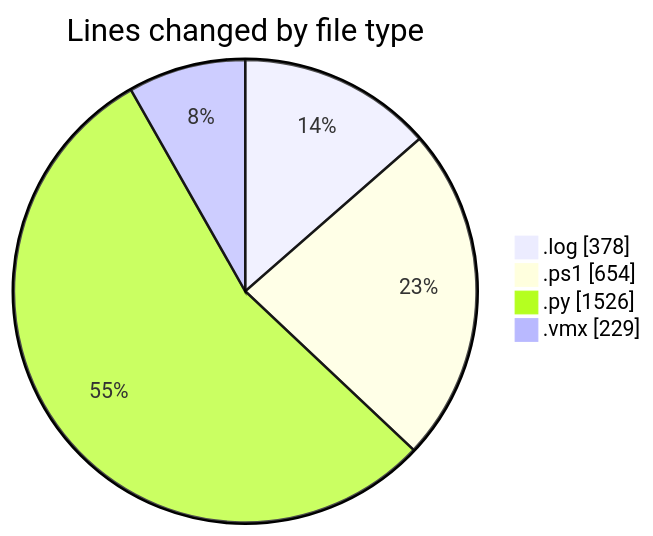
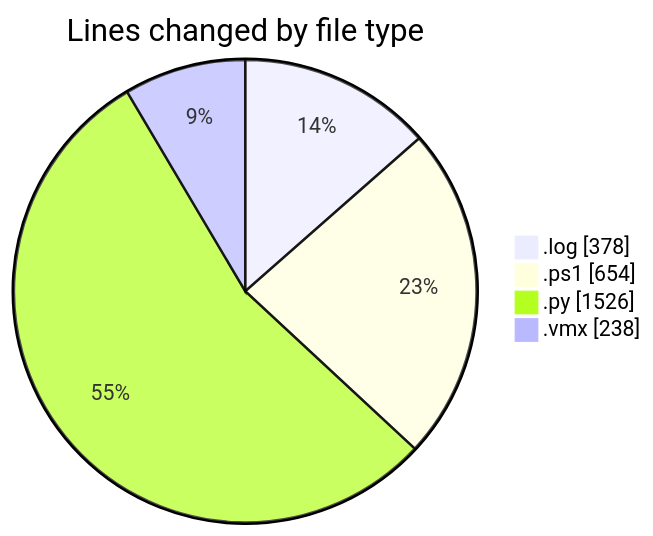
One commit to shibass792/code-tracking changed the first of 2 diagrams in 2026-07-08/twenty_versions_aminor/README.md. Above: the diagram before and after it, drawn with Mermaid. The commit also changed other lines of this file and 1 other file, not shown here.

````diff
--- a/2026-07-08/twenty_versions_aminor/README.md
+++ b/2026-07-08/twenty_versions_aminor/README.md
@@ -26,8 +26,8 @@
 ```mermaid
 pie showData
 title Lines changed by file type
 ".log" : 378
 ".ps1" : 654
 ".py" : 1526
-".vmx" : 229
+".vmx" : 238
 ```
````
